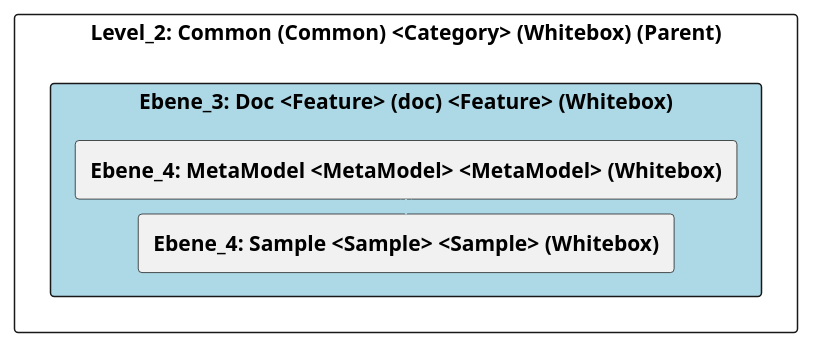
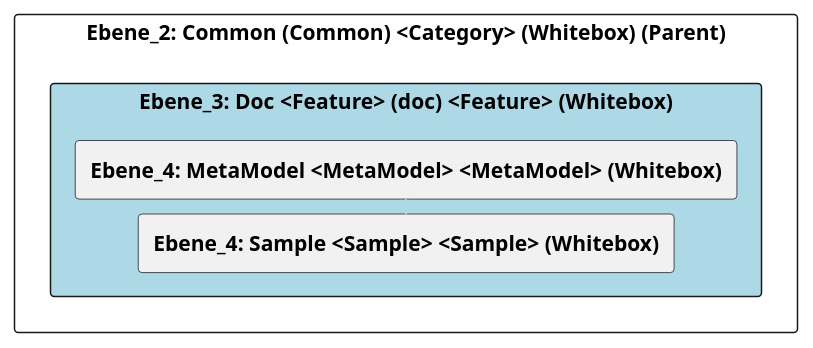
Before and after one commit to marcozwyssig/cleon: the diagram in doc/cleonproject_deliverables_architecture_model_architecture/adoc/de/05_bausteinsicht/cleon/common/doc/ebene_3_doc.adoc, drawn with PlantUML. The commit also changed other lines of this file and 620 other files, not shown here.

```diff
--- a/doc/cleonproject_deliverables_architecture_model_architecture/adoc/de/05_bausteinsicht/cleon/common/doc/ebene_3_doc.adoc
+++ b/doc/cleonproject_deliverables_architecture_model_architecture/adoc/de/05_bausteinsicht/cleon/common/doc/ebene_3_doc.adoc
@@ -20,28 +20,28 @@
 [plantuml, Ebene_3: Doc <Feature> (doc) <Feature> (Whitebox)BlockOverview, format="svg"]
 ----
 @startuml Ebene_3: Doc <Feature> (doc) <Feature> (Whitebox)BuildingBlockOverview
 
 skinparam ranksep 10
 skinparam componentStyle rectangle
 skinparam shadowing false
 skinparam arrowColor lightblue
 skinparam arrowThickness 1.2
 skinparam rectangle {
   BackgroundColor White
   BorderColor #333
   RoundCorner 10
 }
 top to bottom direction
 
-component "Level_2: Common (Common) <Category> (Whitebox) (Parent)" {
+component "Ebene_2: Common (Common) <Category> (Whitebox) (Parent)" {
     component "Ebene_3: Doc <Feature> (doc) <Feature> (Whitebox)" #lightblue {
         [**Ebene_4: MetaModel <MetaModel> <MetaModel> (Whitebox)**] as 4A570570_D579_11EE_903E_9F564E4DE07E
         [**Ebene_4: Sample <Sample> <Sample> (Whitebox)**] as 4A56DE4D_D579_11EE_903E_9F564E4DE07E
     }
 
     4A570570_D579_11EE_903E_9F564E4DE07E -down-> 4A56DE4D_D579_11EE_903E_9F564E4DE07E
     
 }
 
 @enduml
 ----
```
